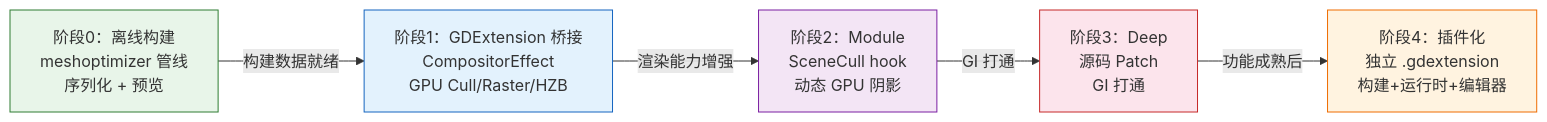
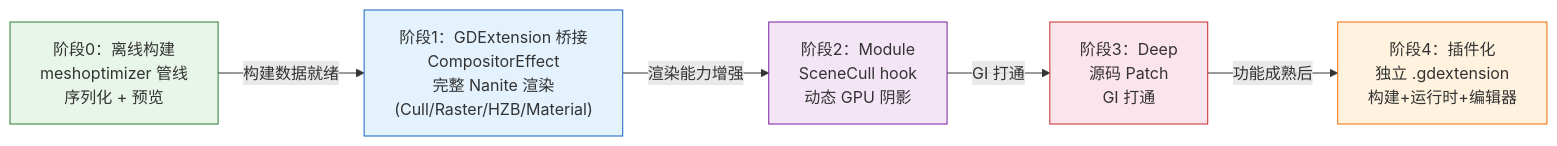
The diagram in nanite_doc/nanite-implementation-tasks.md (alonecat06/godot), drawn with Mermaid before and after one commit. The commit also changed other lines of this file and 1 other file, not shown here.

First line of the commit message:
docs(nanite): 总体设计文档将 S1-08 标记为 Stage 1 内补完 (Task 1.17)

````diff
--- a/nanite_doc/nanite-implementation-tasks.md
+++ b/nanite_doc/nanite-implementation-tasks.md
@@ -19,17 +19,17 @@
 ```mermaid
 flowchart LR
     P0["阶段0：离线构建<br/>meshoptimizer 管线<br/>序列化 + 预览"]
-    P1["阶段1：GDExtension 桥接<br/>CompositorEffect<br/>GPU Cull/Raster/HZB"]
+    P1["阶段1：GDExtension 桥接<br/>CompositorEffect<br/>完整 Nanite 渲染<br/>(Cull/Raster/HZB/Material)"]
     P2["阶段2：Module<br/>SceneCull hook<br/>动态 GPU 阴影"]
     P3["阶段3：Deep<br/>源码 Patch<br/>GI 打通"]
     P4["阶段4：插件化<br/>独立 .gdextension<br/>构建+运行时+编辑器"]
     P0 -->|"构建数据就绪"| P1
     P1 -->|"渲染能力增强"| P2
     P2 -->|"GI 打通"| P3
     P3 -->|"功能成熟后"| P4
     style P0 fill:#e8f5e9,stroke:#2e7d32
     style P1 fill:#e3f2fd,stroke:#1565c0
     style P2 fill:#f3e5f5,stroke:#7b1fa2
     style P3 fill:#fce4ec,stroke:#c62828
     style P4 fill:#fff3e0,stroke:#ef6c00
 ```
````
